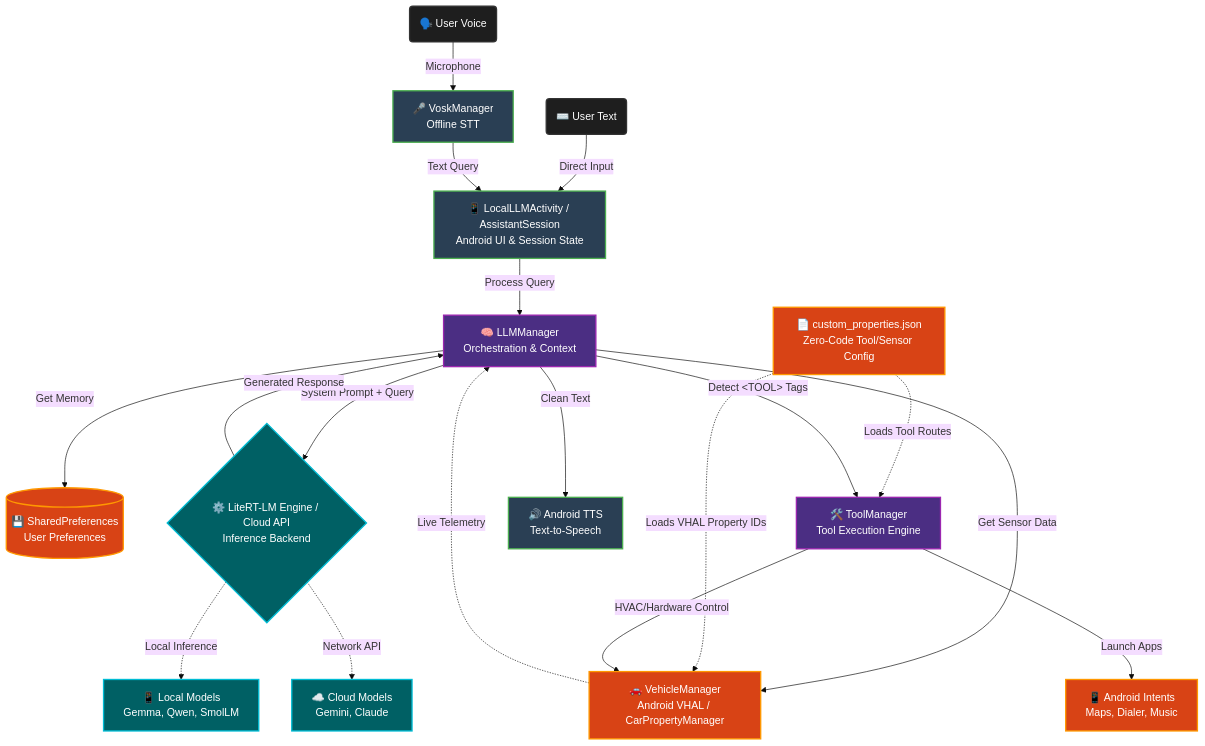
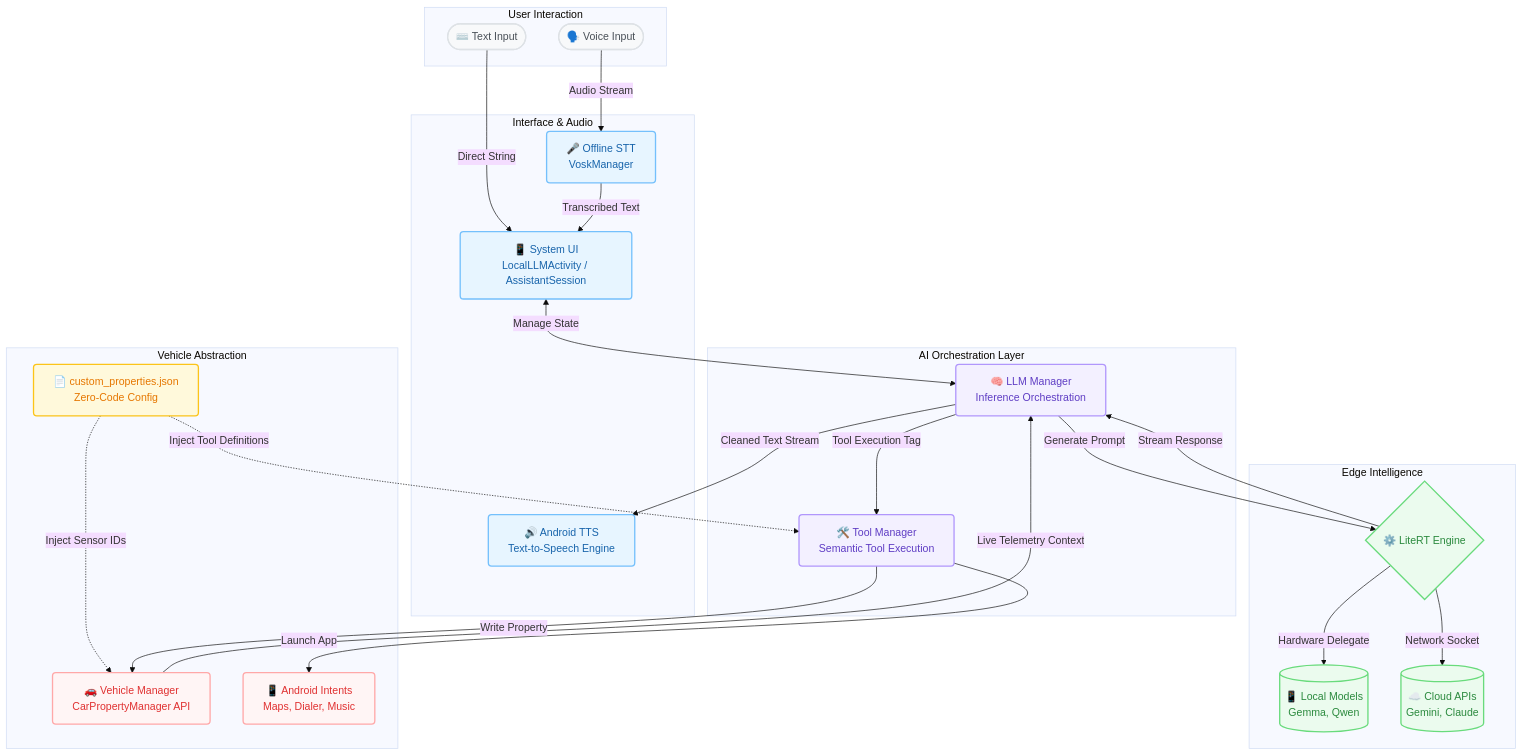
One commit to hemangpandhi/ai-assistant changed the first of 4 diagrams in ARCHITECTURE.md. Above: the diagram before and after it, drawn with Mermaid (base theme). The commit also changed other lines of this file, not shown here.

Commit message:
docs: Upgrade all Mermaid diagrams to a sleek, modern, professional design

````diff
--- a/ARCHITECTURE.md
+++ b/ARCHITECTURE.md
@@ -11,46 +11,60 @@
 ```mermaid
-graph TD
-    %% Styling
-    classDef default fill:#1E1E1E,stroke:#333,stroke-width:2px,color:#FFF;
-    classDef ui fill:#2A3F54,stroke:#4CAF50,stroke-width:2px,color:#FFF;
-    classDef logic fill:#4B2E83,stroke:#9C27B0,stroke-width:2px,color:#FFF;
-    classDef hardware fill:#D84315,stroke:#FF9800,stroke-width:2px,color:#FFF;
-    classDef model fill:#006064,stroke:#00BCD4,stroke-width:2px,color:#FFF;
+flowchart TD
+    %% Professional Styling
+    classDef input fill:#f8f9fa,stroke:#dee2e6,stroke-width:2px,color:#495057,rx:5px,ry:5px;
+    classDef ui fill:#e7f5ff,stroke:#74c0fc,stroke-width:2px,color:#1864ab,rx:5px,ry:5px;
+    classDef orchestrator fill:#f3f0ff,stroke:#b197fc,stroke-width:2px,color:#5f3dc4,rx:5px,ry:5px;
+    classDef model fill:#ebfbee,stroke:#69db7c,stroke-width:2px,color:#2b8a3e,rx:5px,ry:5px;
+    classDef hardware fill:#fff5f5,stroke:#ffa8a8,stroke-width:2px,color:#e03131,rx:5px,ry:5px;
+    classDef config fill:#fff9db,stroke:#fcc419,stroke-width:2px,color:#e67700,rx:5px,ry:5px;
 
-    %% User Inputs
-    UserVoice(🗣️ User Voice) --> |Microphone| STT[🎤 VoskManager<br>Offline STT]:::ui
-    UserText(⌨️ User Text) --> |Direct Input| UI
+    subgraph User_Interaction [User Interaction]
+        V([🗣️ Voice Input]):::input
+        T([⌨️ Text Input]):::input
+    end
+
+    subgraph Interface_Audio [Interface & Audio]
+        STT[🎤 Offline STT<br>VoskManager]:::ui
+        UI[📱 System UI<br>LocalLLMActivity / AssistantSession]:::ui
+        TTS[🔊 Android TTS<br>Text-to-Speech Engine]:::ui
+    end
+
+    subgraph AI_Orchestration [AI Orchestration Layer]
+        SM[🧠 LLM Manager<br>Inference Orchestration]:::orchestrator
+        TM[🛠️ Tool Manager<br>Semantic Tool Execution]:::orchestrator
+    end
+
+    subgraph Edge_Intelligence [Edge Intelligence]
+        Engine{⚙️ LiteRT Engine}:::model
+        L_Model[(📱 Local Models<br>Gemma, Qwen)]:::model
+        C_Model[(☁️ Cloud APIs<br>Gemini, Claude)]:::model
+    end
+
+    subgraph Vehicle_Abstraction [Vehicle Abstraction]
+        VM[🚗 Vehicle Manager<br>CarPropertyManager API]:::hardware
+        JSON[📄 custom_properties.json<br>Zero-Code Config]:::config
+        Intents[📱 Android Intents<br>Maps, Dialer, Music]:::hardware
+    end
+
+    %% Flows
+    V -->|Audio Stream| STT
+    T -->|Direct String| UI
+    STT -->|Transcribed Text| UI
+
+    UI <-->|Manage State| SM
     
-    %% Core UI
-    STT --> |Text Query| UI[📱 LocalLLMActivity / AssistantSession<br>Android UI & Session State]:::ui
-    
-    %% Session Manager
-    UI --> |Process Query| SM[🧠 LLMManager<br>Orchestration & Context]:::logic
-    
-    %% Context Providers
-    SM --> |Get Sensor Data| VM[🚗 VehicleManager<br>Android VHAL / CarPropertyManager]:::hardware
-    VM -.-> |Live Telemetry| SM
-    SM --> |Get Memory| Prefs[(💾 SharedPreferences<br>User Preferences)]:::hardware
-    
-    %% Dynamic Configuration
-    JSON[📄 custom_properties.json<br>Zero-Code Tool/Sensor Config]:::hardware -.-> |Loads Tool Routes| TM
-    JSON -.-> |Loads VHAL Property IDs| VM
+    SM -->|Generate Prompt| Engine
+    Engine -->|Hardware Delegate| L_Model
+    Engine -->|Network Socket| C_Model
+    Engine -->|Stream Response| SM
 
-    %% Inference Engine
-    SM --> |System Prompt + Query| Engine{⚙️ LiteRT-LM Engine / Cloud API<br>Inference Backend}:::model
-    
-    %% Models
-    Engine -.-> |Local Inference| LocalModel[📱 Local Models<br>Gemma, Qwen, SmolLM]:::model
-    Engine -.-> |Network API| CloudModel[☁️ Cloud Models<br>Gemini, Claude]:::model
+    JSON -.->|Inject Tool Definitions| TM
+    JSON -.->|Inject Sensor IDs| VM
 
-    %% Output Loop
-    Engine --> |Generated Response| SM
-    
-    %% Execution & TTS
-    SM --> |Detect &lt;TOOL&gt; Tags| TM[🛠️ ToolManager<br>Tool Execution Engine]:::logic
-    SM --> |Clean Text| TTS[🔊 Android TTS<br>Text-to-Speech]:::ui
+    VM -->|Live Telemetry Context| SM
+    SM -->|Tool Execution Tag| TM
+    SM -->|Cleaned Text Stream| TTS
 
-    %% Tool Actions
-    TM --> |HVAC/Hardware Control| VM
-    TM --> |Launch Apps| Intents[📱 Android Intents<br>Maps, Dialer, Music]:::hardware
+    TM -->|Write Property| VM
+    TM -->|Launch App| Intents
 ```
````
